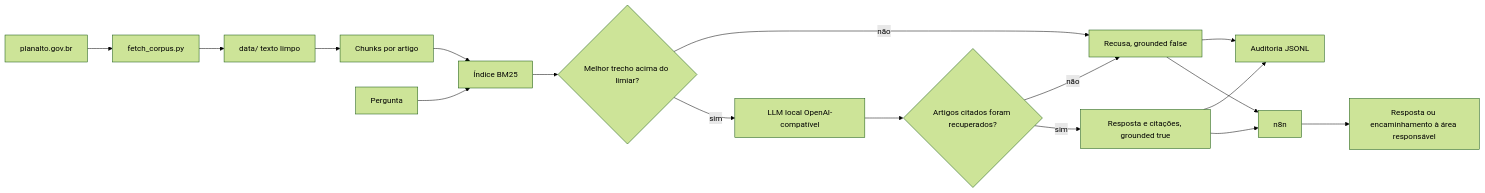
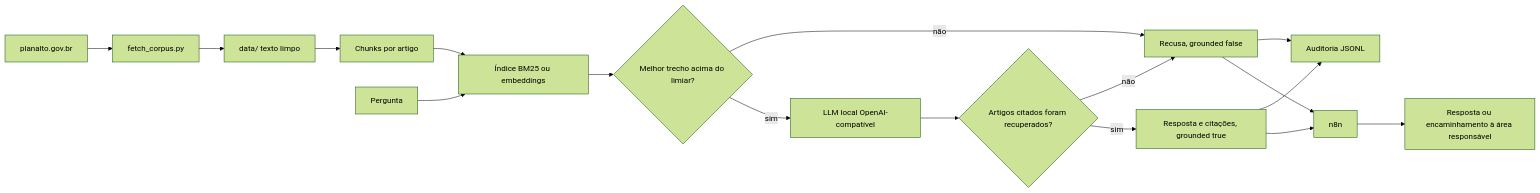
The diagram in rag-normativos/README.md (dbezerra95/portfolio-automacao-ia), drawn with Mermaid (forest theme) before and after one commit. The commit also changed other lines of this file and 1 other file, not shown here.

First line of the commit message:
feat(rag-normativos): default to bge-m3 embeddings, real Ollama demo in README

````diff
--- a/rag-normativos/README.md
+++ b/rag-normativos/README.md
@@ -34,19 +42,19 @@
 ```mermaid
 flowchart LR
     A[planalto.gov.br] --> B[fetch_corpus.py]
     B --> C[data/ texto limpo]
     C --> D[Chunks por artigo]
-    D --> E[Índice BM25]
+    D --> E[Índice BM25 ou embeddings]
     Q[Pergunta] --> E
     E --> F{Melhor trecho acima do limiar?}
     F -- não --> R[Recusa, grounded false]
     F -- sim --> G[LLM local OpenAI-compatível]
     G --> H{Artigos citados foram recuperados?}
     H -- não --> R
     H -- sim --> S[Resposta e citações, grounded true]
     S --> L[Auditoria JSONL]
     R --> L
     S --> N[n8n]
     R --> N
     N --> P[Resposta ou encaminhamento à área responsável]
 ```
````
